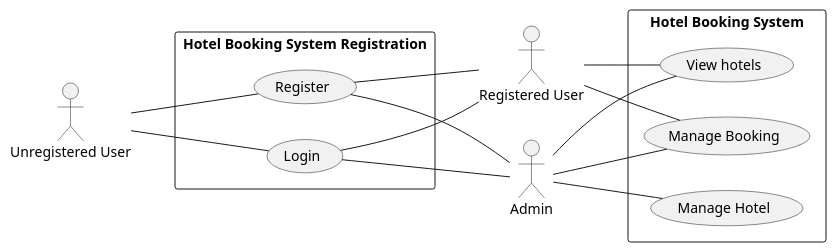
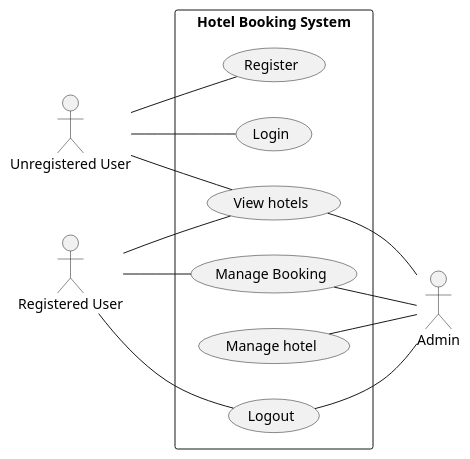
Before and after one commit to wirepecion/se-project-backend-8_thecallcenter: the diagram in Document/useCaseDiagram.puml, drawn with PlantUML.

```diff
--- a/Document/useCaseDiagram.puml
+++ b/Document/useCaseDiagram.puml
@@ -1,36 +1,31 @@
 @startuml Hotel Booking System Use Case Diagram
 
 left to right direction
 
 actor "Unregistered User" as unregisteredUser
 actor "Registered User" as registeredUser
 actor "Admin" as admin
 
-rectangle "Hotel Booking System Registration" {
+rectangle "Hotel Booking System" {
   usecase "Register" as register
   usecase "Login" as login
+  usecase "View hotels" as view
+  usecase "Manage Booking" as manageBooking
+  usecase "Manage hotel" as manageHotel
+  usecase "Logout" as logout
 }
 
 unregisteredUser -- register
 unregisteredUser -- login
-
-register -- registeredUser
-register -- admin
-
-login -- registeredUser
-login -- admin
-
-rectangle "Hotel Booking System" {
-  usecase "View hotels" as view
-  usecase "Manage Booking" as manageBooking
-  usecase "Manage Hotel" as manageHotel
-}
+unregisteredUser -- view
 
 registeredUser -- view
+registeredUser -- logout
 registeredUser -- manageBooking
 
-admin -- view
-admin -- manageBooking
-admin -- manageHotel
+logout -- admin
+view -- admin
+manageBooking -- admin
+manageHotel -- admin
 
 @enduml
```
